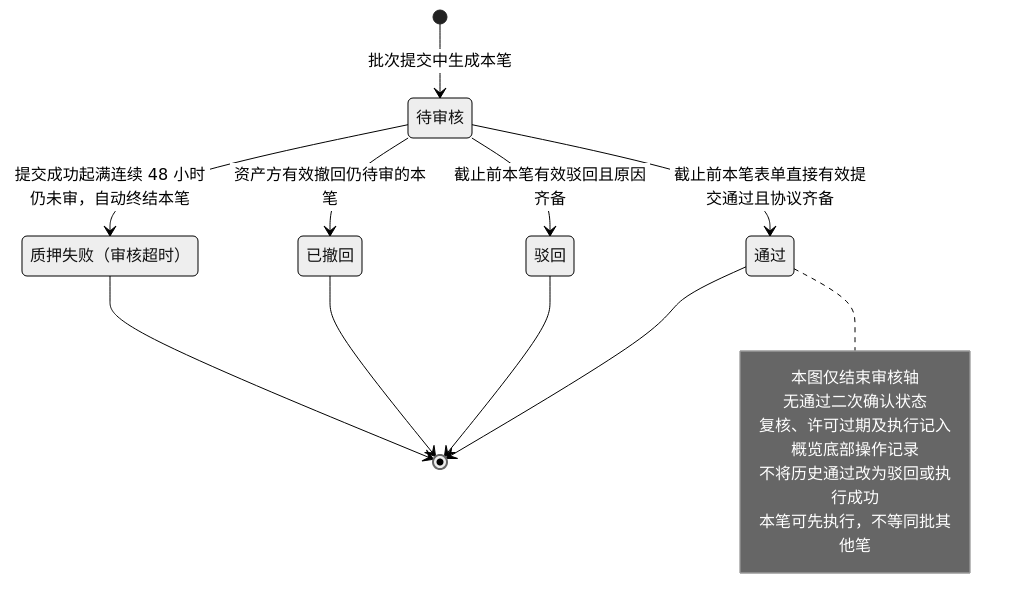
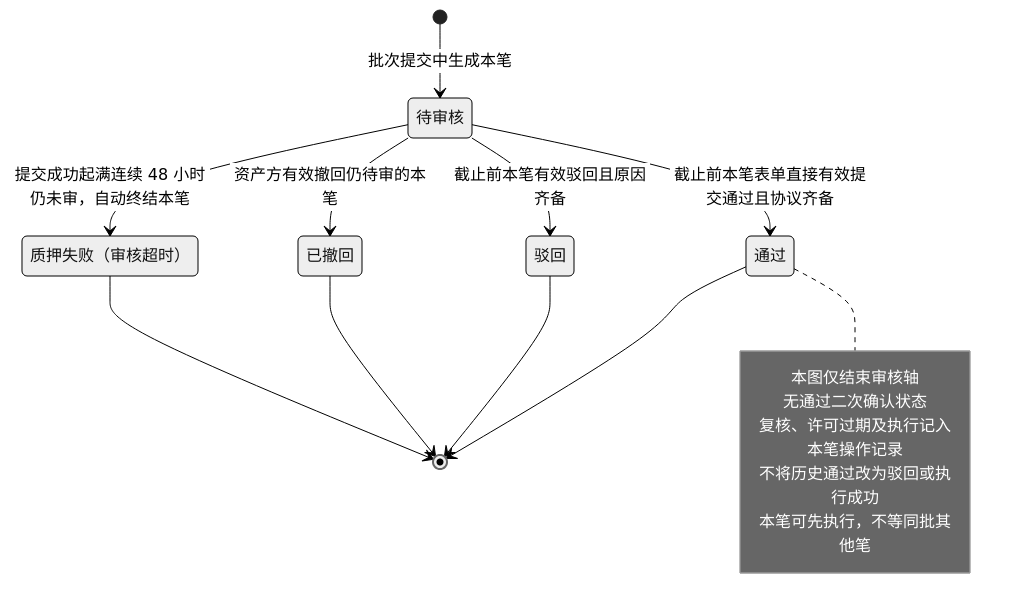
The fifth of 6 diagrams in lending-platform/PRD/v1.0-代币质押审核/02-代币质押审核-流程图与状态机.md (wxblockchain/Chain-Financing), drawn with Mermaid (neutral theme) before and after one commit. The commit also changed other lines of this file and 4 other files, not shown here.

````diff
--- a/lending-platform/PRD/v1.0-代币质押审核/02-代币质押审核-流程图与状态机.md
+++ b/lending-platform/PRD/v1.0-代币质押审核/02-代币质押审核-流程图与状态机.md
@@ -129,24 +130,24 @@
 ```mermaid
 stateDiagram-v2
   state "待审核" as Pending
   state "通过" as Approved
   state "驳回" as Rejected
   state "已撤回" as Withdrawn
   state "质押失败（审核超时）" as Timeout
   [*] --> Pending: 批次提交中生成本笔
   Pending --> Approved: 截止前本笔表单直接有效提交通过且协议齐备
   Pending --> Rejected: 截止前本笔有效驳回且原因齐备
   Pending --> Withdrawn: 资产方有效撤回仍待审的本笔
   Pending --> Timeout: 提交成功起满连续 48 小时仍未审，自动终结本笔
   Approved --> [*]
   Rejected --> [*]
   Withdrawn --> [*]
   Timeout --> [*]
   note right of Approved
     本图仅结束审核轴
     无通过二次确认状态
-    复核、许可过期及执行记入概览底部操作记录
+    复核、许可过期及执行记入本笔操作记录
     不将历史通过改为驳回或执行成功
     本笔可先执行，不等同批其他笔
   end note
 ```
````
